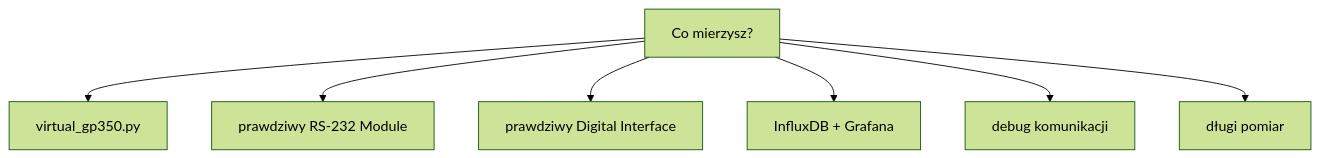
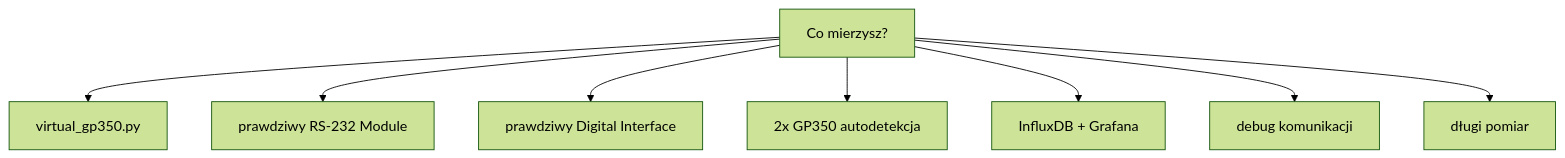
The diagram in docs/scenariusze_konfiguracji.md (alphatra/vacuum-instrument-monitor), drawn with Mermaid (forest theme) before and after one commit. The commit also changed other lines of this file and 20 other files, not shown here.

````diff
--- a/docs/scenariusze_konfiguracji.md
+++ b/docs/scenariusze_konfiguracji.md
@@ -6,9 +6,10 @@
 ```mermaid
 flowchart TD
     Start["Co mierzysz?"] --> Sim["virtual_gp350.py"]
     Start --> RS232["prawdziwy RS-232 Module"]
     Start --> Digital["prawdziwy Digital Interface"]
+    Start --> Auto["2x GP350 autodetekcja"]
     Start --> Grafana["InfluxDB + Grafana"]
     Start --> Debug["debug komunikacji"]
     Start --> Long["długi pomiar"]
 ```
````
